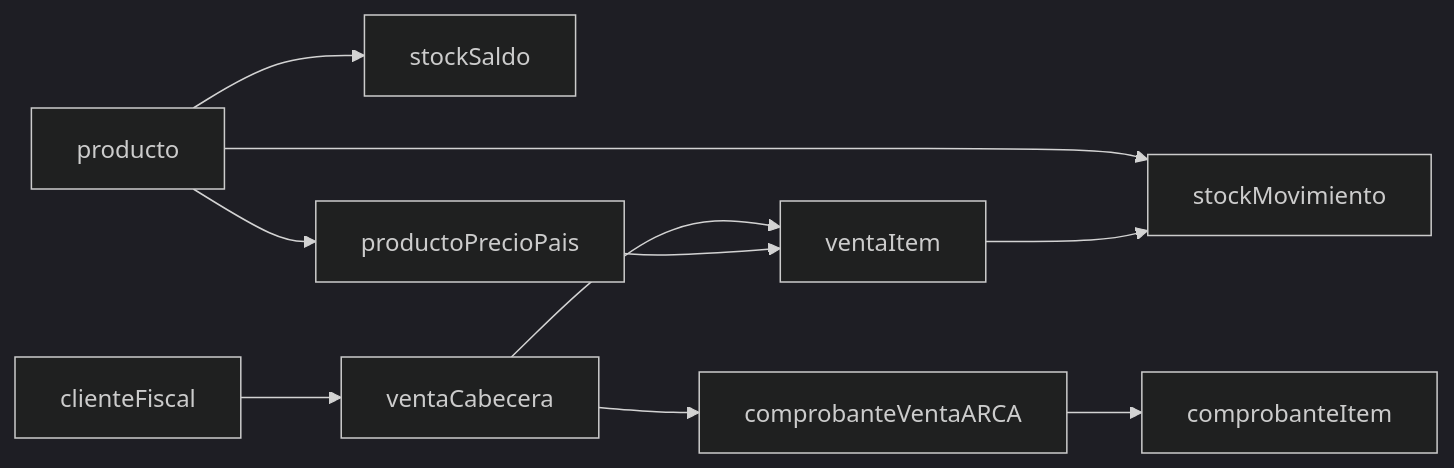
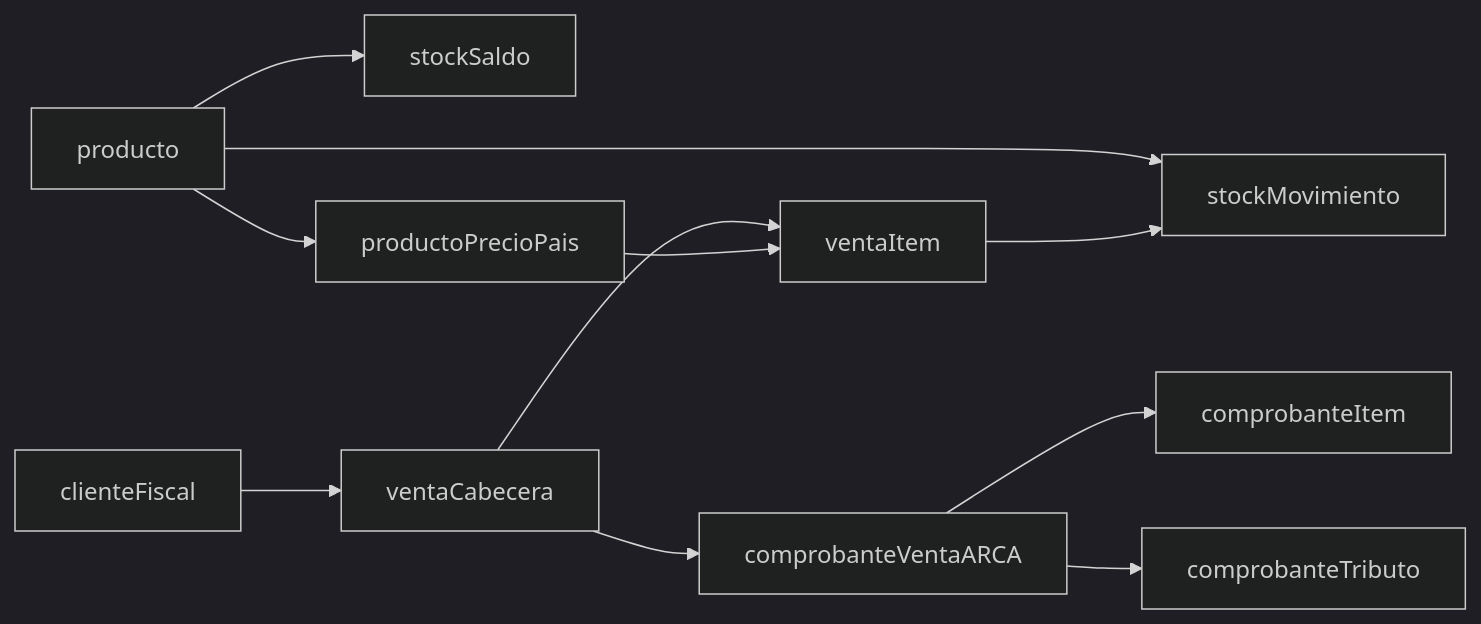
The diagram in docs/etapa_1_stock_para_arca.md (santiagovega17/Universal-Jumps), drawn with Mermaid (dark theme) before and after one commit. The commit also changed other lines of this file and 5 other files, not shown here.

````diff
--- a/docs/etapa_1_stock_para_arca.md
+++ b/docs/etapa_1_stock_para_arca.md
@@ -125,12 +151,13 @@
 ```mermaid
 flowchart LR
 producto[producto] --> stockSaldo[stockSaldo]
 producto --> productoPrecioPais[productoPrecioPais]
 producto --> stockMovimiento[stockMovimiento]
 venta[ventaCabecera] --> ventaItem[ventaItem]
 productoPrecioPais --> ventaItem
 ventaItem --> stockMovimiento
 cliente[clienteFiscal] --> venta
 venta --> comprobanteVenta[comprobanteVentaARCA]
 comprobanteVenta --> comprobanteItem[comprobanteItem]
+comprobanteVenta --> comprobanteTributo[comprobanteTributo]
 ```
````
